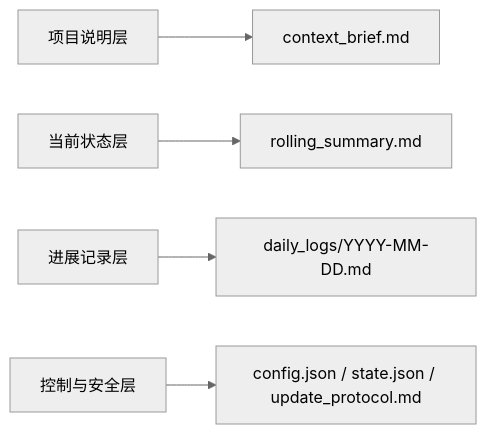
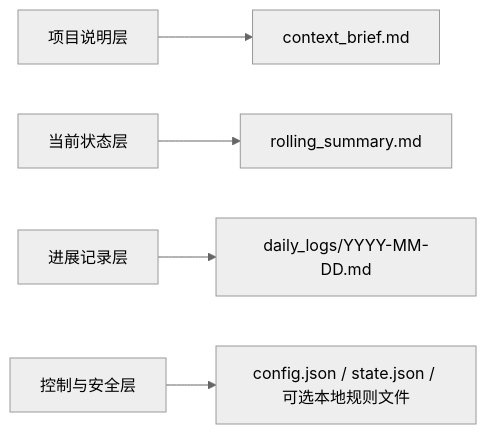
Before and after one commit to Frappucc1no/contextweave: the third of 4 diagrams in README.zh-CN.md, drawn with Mermaid (neutral theme). The commit also changed other lines of this file and 15 other files, not shown here.

````diff
--- a/README.zh-CN.md
+++ b/README.zh-CN.md
@@ -105,7 +123,7 @@
 ```mermaid
 flowchart LR
     A["项目说明层"] --> A1["context_brief.md"]
     B["当前状态层"] --> B1["rolling_summary.md"]
     C["进展记录层"] --> C1["daily_logs/YYYY-MM-DD.md"]
-    D["控制与安全层"] --> D1["config.json / state.json / update_protocol.md"]
+    D["控制与安全层"] --> D1["config.json / state.json / 可选本地规则文件"]
 ```
````
